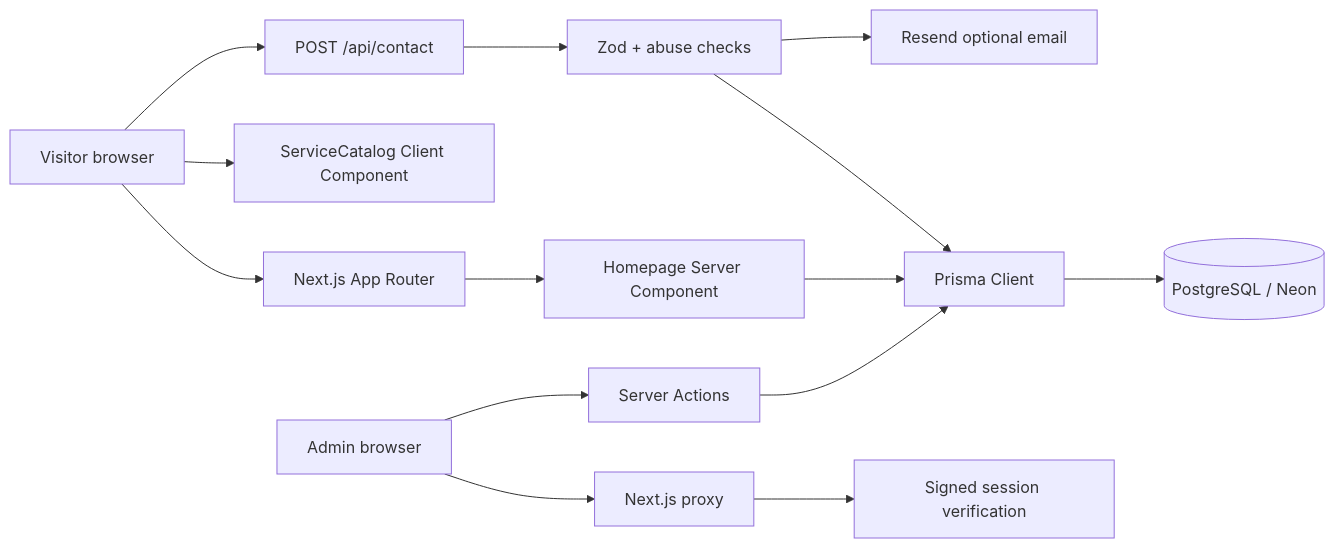
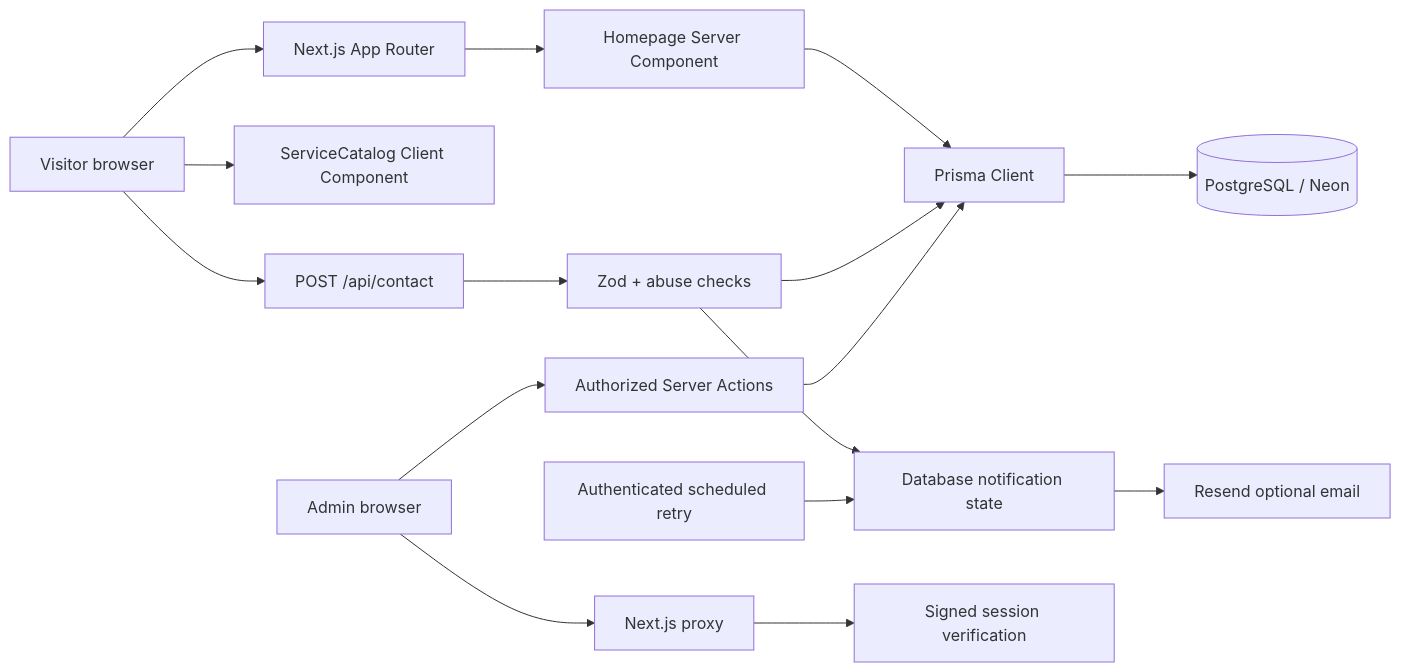
Before and after one commit to MasRizqi07/dibimbing-fwd: the diagram in Architecture.md, drawn with Mermaid. The commit also changed other lines of this file and 71 other files, not shown here.

````diff
--- a/Architecture.md
+++ b/Architecture.md
@@ -7,16 +7,18 @@
 ```mermaid
 flowchart LR
   Browser[Visitor browser] --> Next[Next.js App Router]
   Next --> RSC[Homepage Server Component]
   RSC --> Prisma[Prisma Client]
   Prisma --> DB[(PostgreSQL / Neon)]
   Browser --> Catalog[ServiceCatalog Client Component]
   Browser --> Contact[POST /api/contact]
   Contact --> Validate[Zod + abuse checks]
   Validate --> Prisma
-  Validate --> Resend[Resend optional email]
+  Validate --> Outbox[Database notification state]
+  Cron[Authenticated scheduled retry] --> Outbox
+  Outbox --> Resend[Resend optional email]
   Admin[Admin browser] --> Proxy[Next.js proxy]
   Proxy --> Session[Signed session verification]
-  Admin --> Actions[Server Actions]
+  Admin --> Actions[Authorized Server Actions]
   Actions --> Prisma
 ```
````
